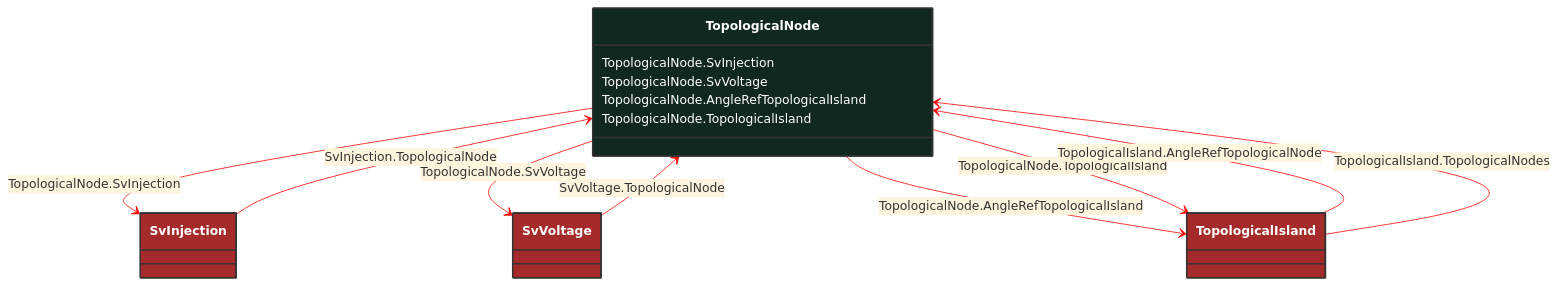
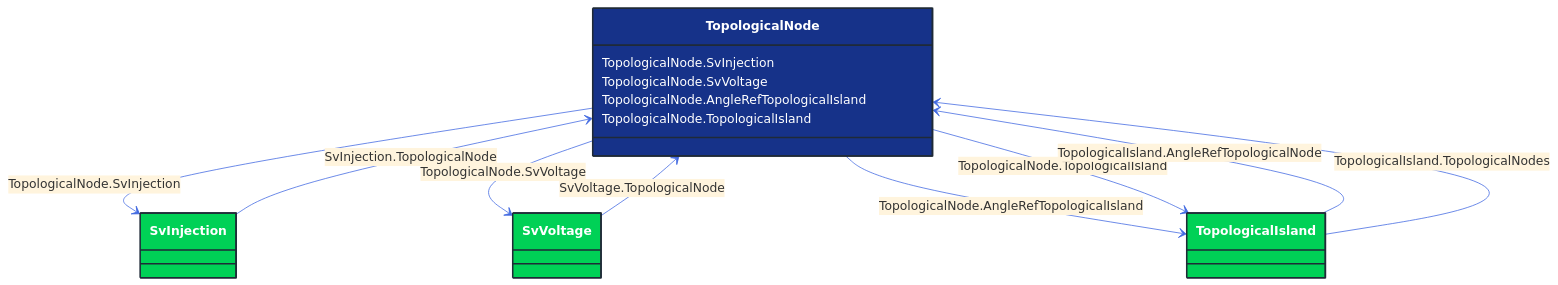
Before and after one commit to 3lbits/NoCIMExtensions: the diagram in docs/Models/Profiles/StateVariables/ConcreteClasses/TopologicalNode.md, drawn with Mermaid. The commit also changed 362 other files, not shown here.

First line of the commit message:
Update diagrams and styles for improved visual consistency

````diff
--- a/docs/Models/Profiles/StateVariables/ConcreteClasses/TopologicalNode.md
+++ b/docs/Models/Profiles/StateVariables/ConcreteClasses/TopologicalNode.md
@@ -9,58 +9,58 @@
 ```mermaid
-%%{init: {'theme':'base','themeVariables': {'lineColor': '#FF0000'}}}%%
+%%{init: {'theme':'base','themeVariables': {'lineColor': '#4169E1'}}}%%
 classDiagram
     class TopologicalNode
     click TopologicalNode href "/Models/Profiles/StateVariables/ConcreteClasses/TopologicalNode/"
-    style TopologicalNode fill:#102820,stroke:#333,stroke-width:2px,rx:10,ry:10,color:white
+    style TopologicalNode fill:#163289,stroke:#1F2A37,stroke-width:2px,rx:10,ry:10,color:white
 
         TopologicalNode --> SvInjection : TopologicalNode.SvInjection
 
         SvInjection
             click SvInjection href "/Models/Profiles/StateVariables/ConcreteClasses/SvInjection/"
-            style SvInjection fill:#A52A2A,stroke:#333,stroke-width:2px,rx:10,ry:10,color:white
+            style SvInjection fill:#00D156,stroke:#1F2A37,stroke-width:2px,rx:10,ry:10,color:white
         TopologicalNode --> SvVoltage : TopologicalNode.SvVoltage
 
         SvVoltage
             click SvVoltage href "/Models/Profiles/StateVariables/ConcreteClasses/SvVoltage/"
-            style SvVoltage fill:#A52A2A,stroke:#333,stroke-width:2px,rx:10,ry:10,color:white
+            style SvVoltage fill:#00D156,stroke:#1F2A37,stroke-width:2px,rx:10,ry:10,color:white
         TopologicalNode --> TopologicalIsland : TopologicalNode.AngleRefTopologicalIsland
 
         TopologicalIsland
             click TopologicalIsland href "/Models/Profiles/StateVariables/ConcreteClasses/TopologicalIsland/"
-            style TopologicalIsland fill:#A52A2A,stroke:#333,stroke-width:2px,rx:10,ry:10,color:white
+            style TopologicalIsland fill:#00D156,stroke:#1F2A37,stroke-width:2px,rx:10,ry:10,color:white
         TopologicalNode --> TopologicalIsland : TopologicalNode.TopologicalIsland
 
         TopologicalIsland
             click TopologicalIsland href "/Models/Profiles/StateVariables/ConcreteClasses/TopologicalIsland/"
-            style TopologicalIsland fill:#A52A2A,stroke:#333,stroke-width:2px,rx:10,ry:10,color:white
+            style TopologicalIsland fill:#00D156,stroke:#1F2A37,stroke-width:2px,rx:10,ry:10,color:white
 
         SvInjection --> TopologicalNode : SvInjection.TopologicalNode
 
         SvInjection
             click SvInjection href "/Models/Profiles/StateVariables/ConcreteClasses/SvInjection/"
-            style SvInjection fill:#A52A2A,stroke:#333,stroke-width:2px,rx:10,ry:10,color:white
+            style SvInjection fill:#00D156,stroke:#1F2A37,stroke-width:2px,rx:10,ry:10,color:white
 
         SvVoltage --> TopologicalNode : SvVoltage.TopologicalNode
 
         SvVoltage
             click SvVoltage href "/Models/Profiles/StateVariables/ConcreteClasses/SvVoltage/"
-            style SvVoltage fill:#A52A2A,stroke:#333,stroke-width:2px,rx:10,ry:10,color:white
+            style SvVoltage fill:#00D156,stroke:#1F2A37,stroke-width:2px,rx:10,ry:10,color:white
 
         TopologicalIsland --> TopologicalNode : TopologicalIsland.AngleRefTopologicalNode
 
         TopologicalIsland
             click TopologicalIsland href "/Models/Profiles/StateVariables/ConcreteClasses/TopologicalIsland/"
-            style TopologicalIsland fill:#A52A2A,stroke:#333,stroke-width:2px,rx:10,ry:10,color:white
+            style TopologicalIsland fill:#00D156,stroke:#1F2A37,stroke-width:2px,rx:10,ry:10,color:white
 
         TopologicalIsland --> TopologicalNode : TopologicalIsland.TopologicalNodes
 
         TopologicalIsland
             click TopologicalIsland href "/Models/Profiles/StateVariables/ConcreteClasses/TopologicalIsland/"
-            style TopologicalIsland fill:#A52A2A,stroke:#333,stroke-width:2px,rx:10,ry:10,color:white
+            style TopologicalIsland fill:#00D156,stroke:#1F2A37,stroke-width:2px,rx:10,ry:10,color:white
 
 
         TopologicalNode : TopologicalNode.SvInjection
         TopologicalNode : TopologicalNode.SvVoltage
         TopologicalNode : TopologicalNode.AngleRefTopologicalIsland
         TopologicalNode : TopologicalNode.TopologicalIsland
 ```
````
